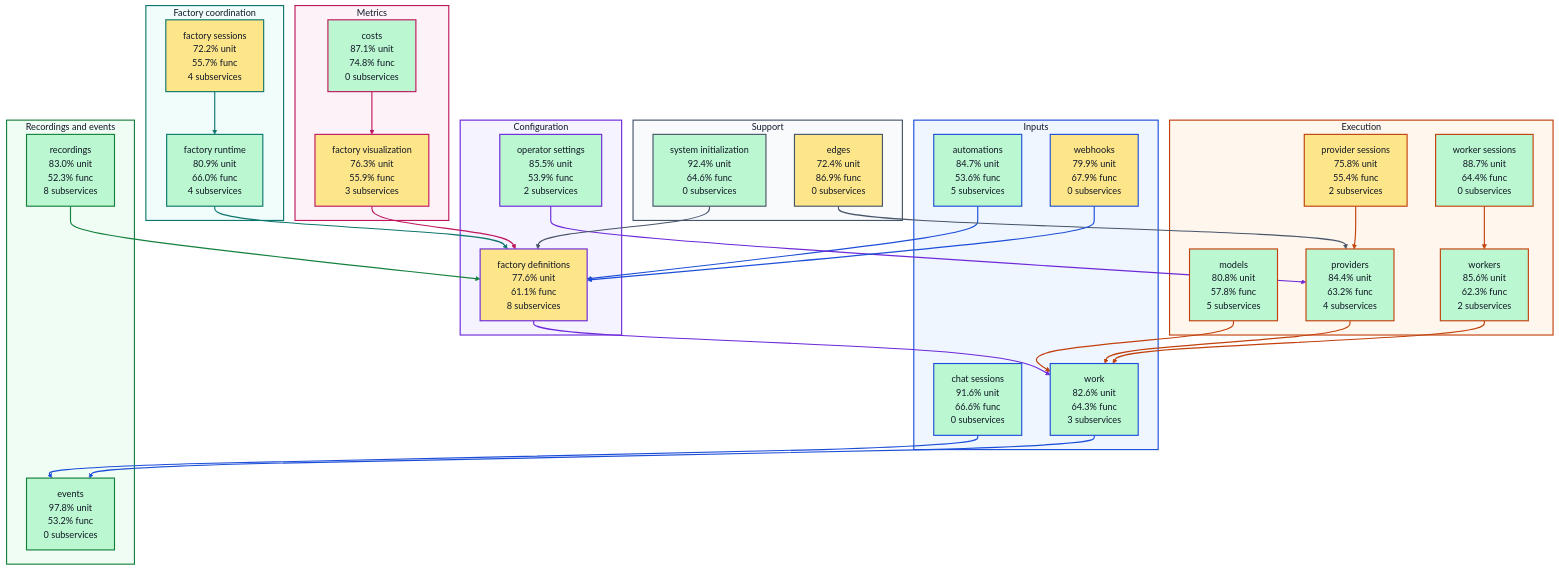
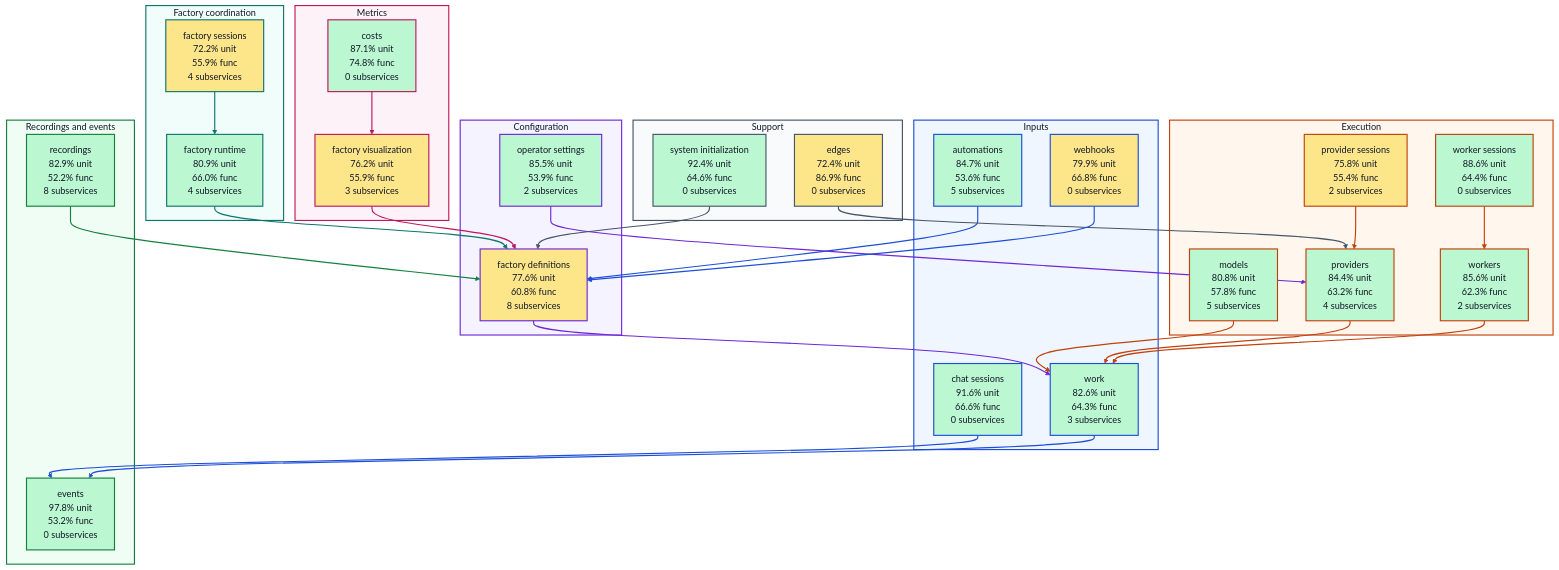
Before and after one commit to portpowered/you-agent-factory: the diagram in docs/architecture/visualizations/high-level-test-coverage.md, drawn with Mermaid (base theme). The commit also changed other lines of this file and 20 other files, not shown here.

Commit message:
docs: refresh backend architecture visualizations

```diff
--- a/docs/architecture/visualizations/high-level-test-coverage.md
+++ b/docs/architecture/visualizations/high-level-test-coverage.md
@@ -13,31 +13,31 @@
   subgraph input["Inputs"]
     s_services_automations["automations<br/>84.7% unit<br/>53.6% func<br/>5 subservices"]
     s_services_chat_sessions["chat sessions<br/>91.6% unit<br/>66.6% func<br/>0 subservices"]
-    s_services_webhooks["webhooks<br/>79.9% unit<br/>67.9% func<br/>0 subservices"]
+    s_services_webhooks["webhooks<br/>79.9% unit<br/>66.8% func<br/>0 subservices"]
     s_services_work["work<br/>82.6% unit<br/>64.3% func<br/>3 subservices"]
   end
   subgraph configuration["Configuration"]
-    s_services_factory_definitions["factory definitions<br/>77.6% unit<br/>61.1% func<br/>8 subservices"]
+    s_services_factory_definitions["factory definitions<br/>77.6% unit<br/>60.8% func<br/>8 subservices"]
     s_services_operator_settings["operator settings<br/>85.5% unit<br/>53.9% func<br/>2 subservices"]
   end
   subgraph coordination["Factory coordination"]
     s_services_factory_runtime["factory runtime<br/>80.9% unit<br/>66.0% func<br/>4 subservices"]
-    s_services_factory_sessions["factory sessions<br/>72.2% unit<br/>55.7% func<br/>4 subservices"]
+    s_services_factory_sessions["factory sessions<br/>72.2% unit<br/>55.9% func<br/>4 subservices"]
   end
   subgraph execution["Execution"]
     s_services_models["models<br/>80.8% unit<br/>57.8% func<br/>5 subservices"]
     s_services_provider_sessions["provider sessions<br/>75.8% unit<br/>55.4% func<br/>2 subservices"]
     s_services_providers["providers<br/>84.4% unit<br/>63.2% func<br/>4 subservices"]
-    s_services_worker_sessions["worker sessions<br/>88.7% unit<br/>64.4% func<br/>0 subservices"]
+    s_services_worker_sessions["worker sessions<br/>88.6% unit<br/>64.4% func<br/>0 subservices"]
     s_services_workers["workers<br/>85.6% unit<br/>62.3% func<br/>2 subservices"]
   end
   subgraph recordings["Recordings and events"]
     s_services_events["events<br/>97.8% unit<br/>53.2% func<br/>0 subservices"]
-    s_services_recordings["recordings<br/>83.0% unit<br/>52.3% func<br/>8 subservices"]
+    s_services_recordings["recordings<br/>82.9% unit<br/>52.2% func<br/>8 subservices"]
   end
   subgraph metrics["Metrics"]
     s_services_costs["costs<br/>87.1% unit<br/>74.8% func<br/>0 subservices"]
-    s_services_factory_visualization["factory visualization<br/>76.3% unit<br/>55.9% func<br/>3 subservices"]
+    s_services_factory_visualization["factory visualization<br/>76.2% unit<br/>55.9% func<br/>3 subservices"]
   end
   subgraph support["Support"]
     s_services_edges["edges<br/>72.4% unit<br/>86.9% func<br/>0 subservices"]
```
